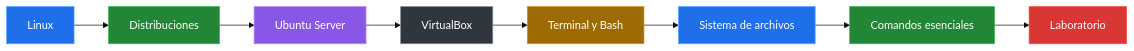
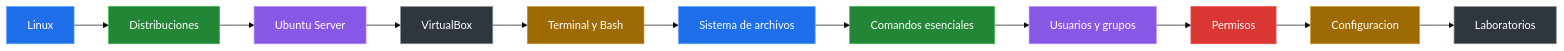
One commit to 7on2/curso-linux-terminal-desde-cero changed the diagram in README.md. Above: the diagram before and after it, drawn with Mermaid (base theme). The commit also changed other lines of this file and 2 other files, not shown here.

````diff
--- a/README.md
+++ b/README.md
@@ -23,19 +26,25 @@
 ```mermaid
 flowchart LR
     A["Linux"] --> B["Distribuciones"]
     B --> C["Ubuntu Server"]
     C --> D["VirtualBox"]
     D --> E["Terminal y Bash"]
     E --> F["Sistema de archivos"]
     F --> G["Comandos esenciales"]
-    G --> H["Laboratorio"]
+    G --> H["Usuarios y grupos"]
+    H --> I["Permisos"]
+    I --> J["Configuracion"]
+    J --> K["Laboratorios"]
 
     style A fill:#1f6feb,stroke:#58a6ff,color:#fff
     style B fill:#238636,stroke:#3fb950,color:#fff
     style C fill:#8957e5,stroke:#bc8cff,color:#fff
     style D fill:#30363d,stroke:#8b949e,color:#fff
     style E fill:#9e6a03,stroke:#d29922,color:#fff
     style F fill:#1f6feb,stroke:#58a6ff,color:#fff
     style G fill:#238636,stroke:#3fb950,color:#fff
-    style H fill:#da3633,stroke:#f85149,color:#fff
+    style H fill:#8957e5,stroke:#bc8cff,color:#fff
+    style I fill:#da3633,stroke:#f85149,color:#fff
+    style J fill:#9e6a03,stroke:#d29922,color:#fff
+    style K fill:#30363d,stroke:#8b949e,color:#fff
 ```
````
